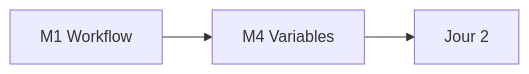
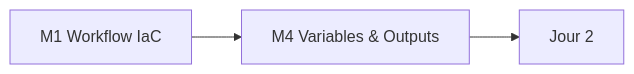
One commit to msellamiTN/data-plateform-iac changed the diagram in courses/day-01/README.md. Above: the diagram before and after it, drawn with Mermaid. The commit also changed other lines of this file and 142 other files, not shown here.

````diff
--- a/courses/day-01/README.md
+++ b/courses/day-01/README.md
@@ -41,5 +35,5 @@
 ```mermaid
 flowchart LR
-    M1[M1 Workflow] --> M4[M4 Variables]
+    M1[M1 Workflow IaC] --> M4[M4 Variables & Outputs]
     M4 --> J2[Jour 2]
 ```
````
